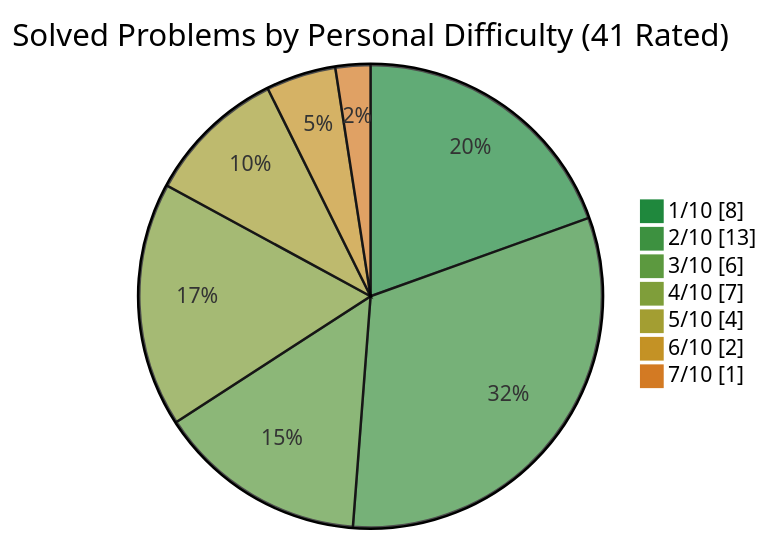
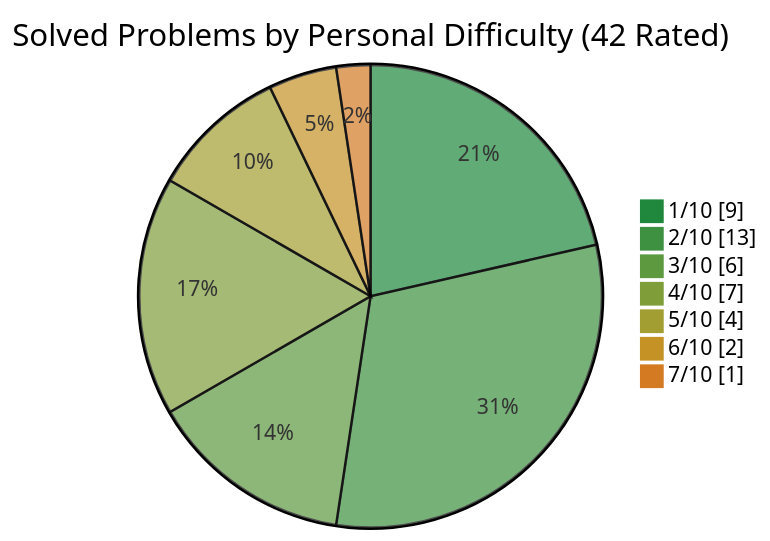
The third of 4 diagrams in README.md (simonesiega/leetcode-solutions), drawn with Mermaid before and after one commit. The commit also changed other lines of this file and 4 other files, not shown here.

````diff
--- a/README.md
+++ b/README.md
@@ -106,12 +106,12 @@
 ```mermaid
 %%{init: {"themeVariables":{"pie1":"#1f883d","pie2":"#3d9140","pie3":"#5c993f","pie4":"#7f9e3a","pie5":"#a39e32","pie6":"#c49225","pie7":"#d37a23"},"themeCSS":".pieCircle:nth-of-type(1){fill:#1f883d!important}.legend:nth-of-type(2) rect{fill:#1f883d!important;stroke:#1f883d!important}.pieCircle:nth-of-type(2){fill:#3d9140!important}.legend:nth-of-type(3) rect{fill:#3d9140!important;stroke:#3d9140!important}.pieCircle:nth-of-type(3){fill:#5c993f!important}.legend:nth-of-type(4) rect{fill:#5c993f!important;stroke:#5c993f!important}.pieCircle:nth-of-type(4){fill:#7f9e3a!important}.legend:nth-of-type(5) rect{fill:#7f9e3a!important;stroke:#7f9e3a!important}.pieCircle:nth-of-type(5){fill:#a39e32!important}.legend:nth-of-type(6) rect{fill:#a39e32!important;stroke:#a39e32!important}.pieCircle:nth-of-type(6){fill:#c49225!important}.legend:nth-of-type(7) rect{fill:#c49225!important;stroke:#c49225!important}.pieCircle:nth-of-type(7){fill:#d37a23!important}.legend:nth-of-type(8) rect{fill:#d37a23!important;stroke:#d37a23!important}"}}%%
 pie showData
-    title Solved Problems by Personal Difficulty (41 Rated)
-    "1/10" : 8
+    title Solved Problems by Personal Difficulty (42 Rated)
+    "1/10" : 9
     "2/10" : 13
     "3/10" : 6
     "4/10" : 7
     "5/10" : 4
     "6/10" : 2
     "7/10" : 1
 ```
````
